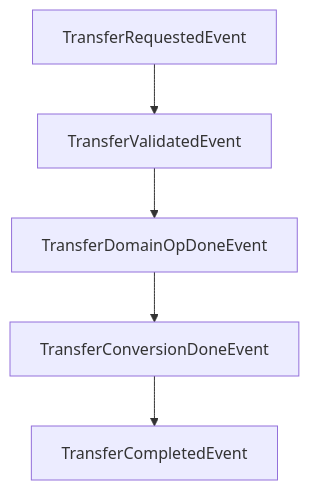
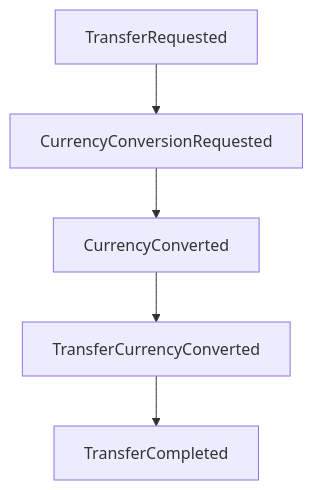
Before and after one commit to amirasaad/fintech: the third of 3 diagrams in docs/architecture.md, drawn with Mermaid. The commit also changed other lines of this file and 161 other files, not shown here.

````diff
--- a/docs/architecture.md
+++ b/docs/architecture.md
@@ -53,7 +56,7 @@
 ```mermaid
 graph TD
-    A[TransferRequestedEvent] --> B[TransferValidatedEvent]
-    B --> C[TransferDomainOpDoneEvent]
-    C --> D[TransferConversionDoneEvent]
-    D --> E[TransferCompletedEvent]
+    A[TransferRequested] --> B[CurrencyConversionRequested]
+    B --> C[CurrencyConverted]
+    C --> D[TransferCurrencyConverted]
+    D --> E[TransferCompleted]
 ```
````
